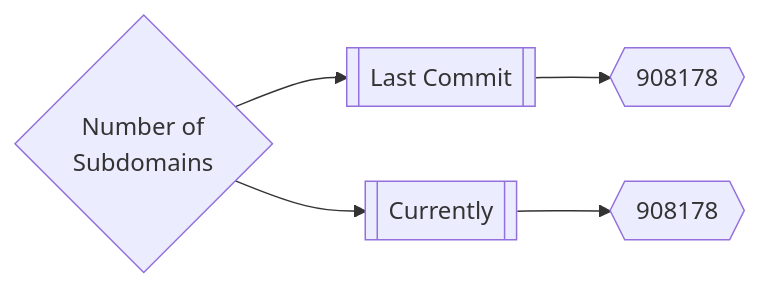
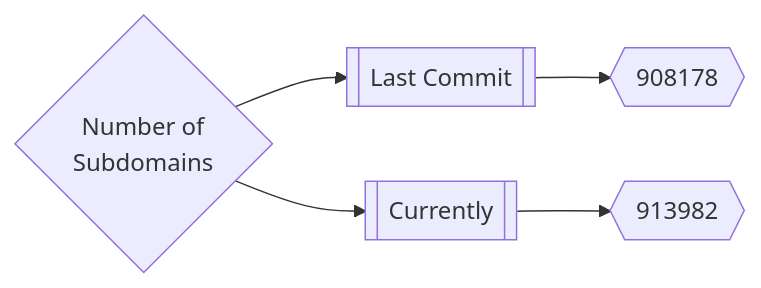
Before and after one commit to trickest/inventory: the first of 3 diagrams in README.md, drawn with Mermaid. The commit also changed other lines of this file, not shown here.

````diff
--- a/README.md
+++ b/README.md
@@ -167,5 +167,5 @@
 ```mermaid
 graph LR
 title{Number of<br>Subdomains} --> subdomainsDate1[[Last Commit]] --> subdomainsNum1{{908178}}
-title --> subdomainsDate2[[Currently]] --> subdomainsNum2{{908178}}
+title --> subdomainsDate2[[Currently]] --> subdomainsNum2{{913982}}
 ```
````
